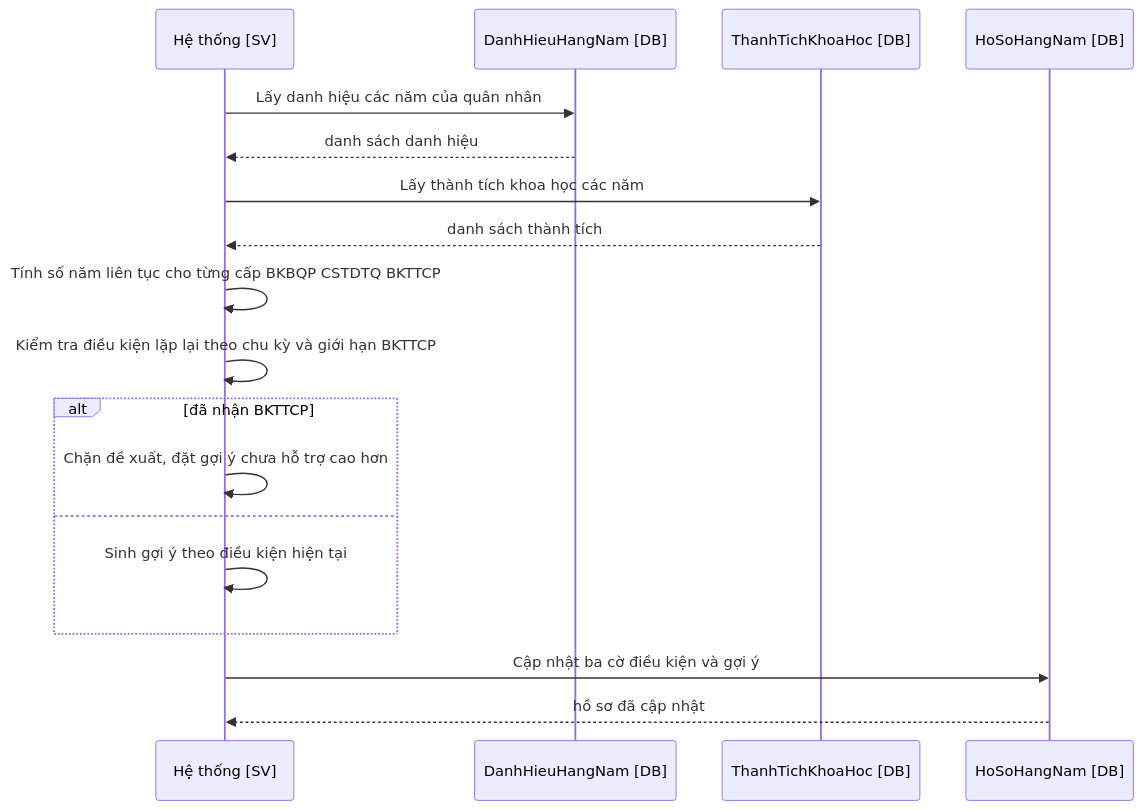
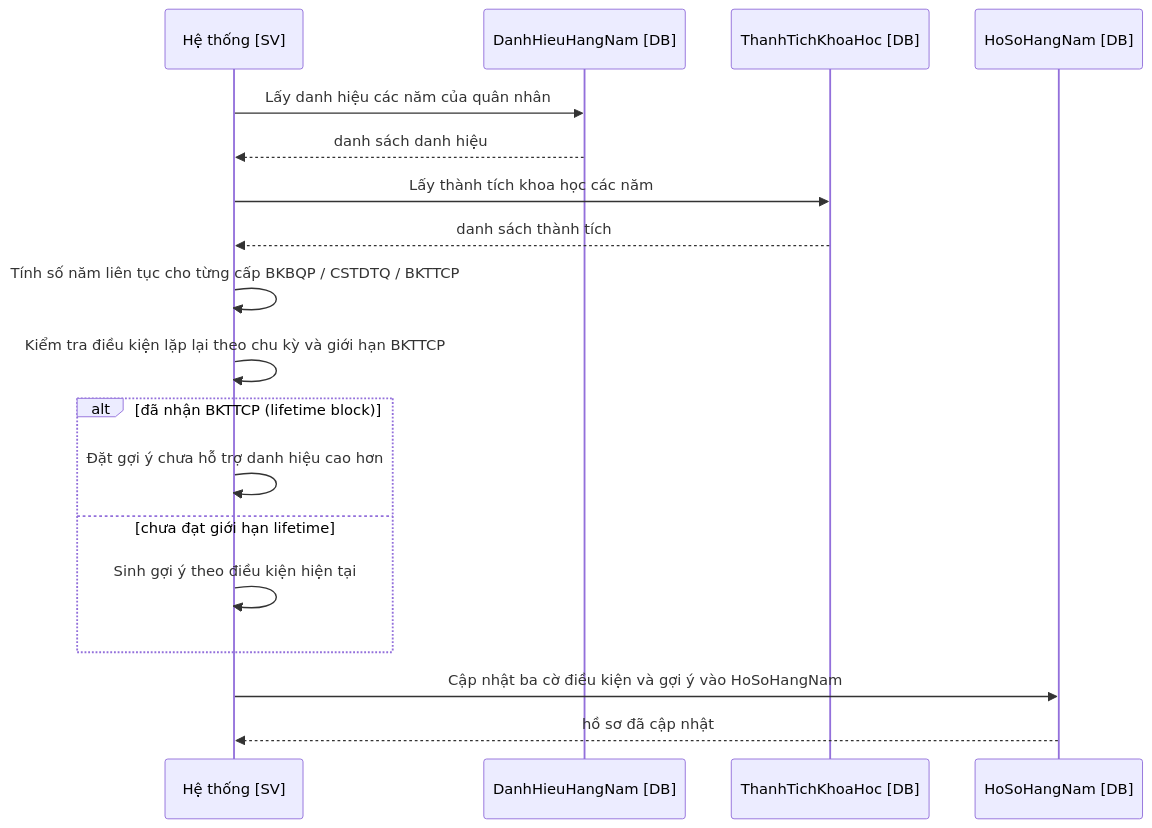
One commit to tranducbk/DATN_PM_QLKT changed the fourth of 9 diagrams in docs/diagrams/05-sequence.md. Above: the diagram before and after it, drawn with Mermaid. The commit also changed other lines of this file and 69 other files, not shown here.

````diff
--- a/docs/diagrams/05-sequence.md
+++ b/docs/diagrams/05-sequence.md
@@ -140,24 +158,24 @@
 ```mermaid
 sequenceDiagram
     participant Sys as Hệ thống [SV]
     participant DH as DanhHieuHangNam [DB]
     participant NCKH as ThanhTichKhoaHoc [DB]
     participant HS as HoSoHangNam [DB]
 
     Sys->>DH: Lấy danh hiệu các năm của quân nhân
     DH-->>Sys: danh sách danh hiệu
     Sys->>NCKH: Lấy thành tích khoa học các năm
     NCKH-->>Sys: danh sách thành tích
 
-    Sys->>Sys: Tính số năm liên tục cho từng cấp BKBQP CSTDTQ BKTTCP
+    Sys->>Sys: Tính số năm liên tục cho từng cấp BKBQP / CSTDTQ / BKTTCP
     Sys->>Sys: Kiểm tra điều kiện lặp lại theo chu kỳ và giới hạn BKTTCP
 
-    alt đã nhận BKTTCP
-        Sys->>Sys: Chặn đề xuất, đặt gợi ý chưa hỗ trợ cao hơn
-    else
+    alt đã nhận BKTTCP (lifetime block)
+        Sys->>Sys: Đặt gợi ý chưa hỗ trợ danh hiệu cao hơn
+    else chưa đạt giới hạn lifetime
         Sys->>Sys: Sinh gợi ý theo điều kiện hiện tại
     end
 
-    Sys->>HS: Cập nhật ba cờ điều kiện và gợi ý
+    Sys->>HS: Cập nhật ba cờ điều kiện và gợi ý vào HoSoHangNam
     HS-->>Sys: hồ sơ đã cập nhật
 ```
````
